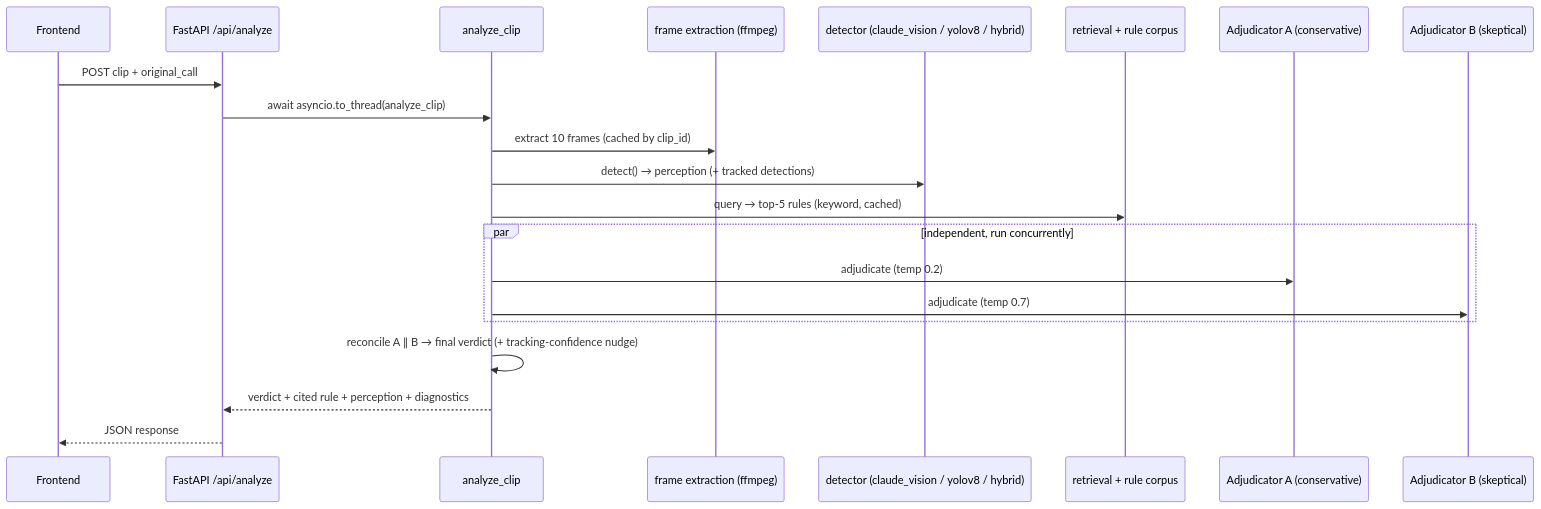
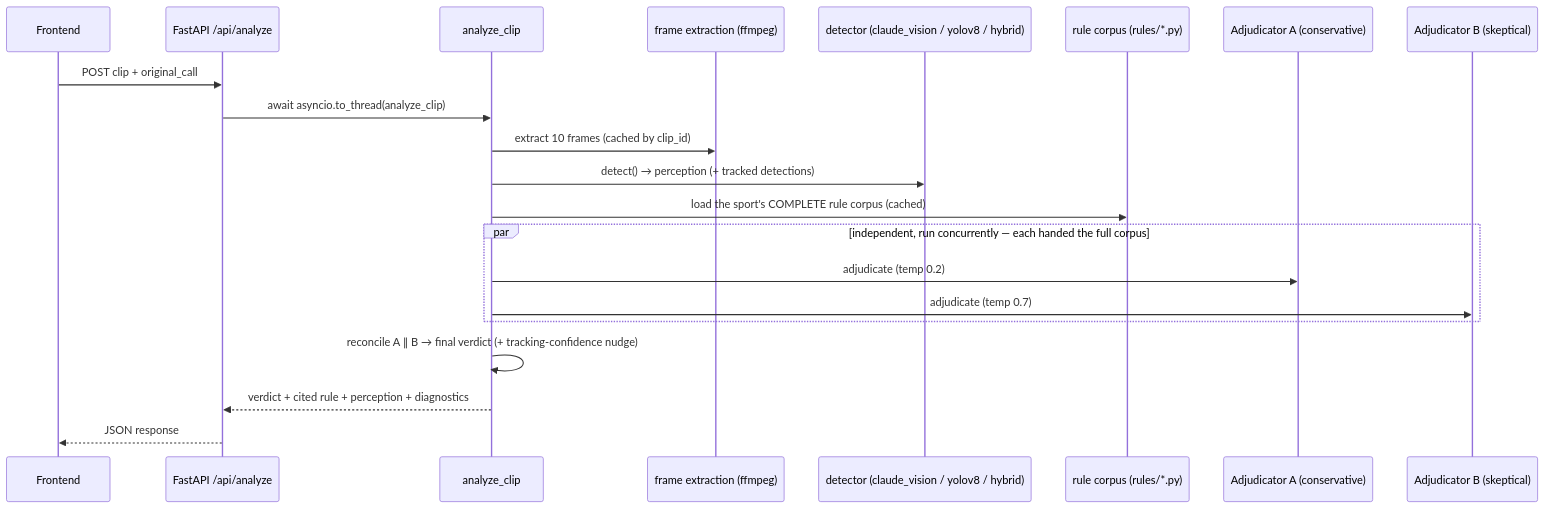
Before and after one commit to SaulBurns/BorderHack_SP2026_Refcheck_AI: the second of 2 diagrams in docs/ARCHITECTURE.md, drawn with Mermaid. The commit also changed other lines of this file and 51 other files, not shown here.

First line of the commit message:
refactor(ai): remove the Retrieval agent; inject full rule corpus (Sprint 16A)

````diff
--- a/docs/ARCHITECTURE.md
+++ b/docs/ARCHITECTURE.md
@@ -54,24 +55,24 @@
 ```mermaid
 sequenceDiagram
   participant U as Frontend
   participant API as FastAPI /api/analyze
   participant AC as analyze_clip
   participant FR as frame extraction (ffmpeg)
   participant DET as detector (claude_vision / yolov8 / hybrid)
-  participant RET as retrieval + rule corpus
+  participant RC as rule corpus (rules/*.py)
   participant A as Adjudicator A (conservative)
   participant B as Adjudicator B (skeptical)
 
   U->>API: POST clip + original_call
   API->>AC: await asyncio.to_thread(analyze_clip)
   AC->>FR: extract 10 frames (cached by clip_id)
   AC->>DET: detect() → perception (+ tracked detections)
-  AC->>RET: query → top-5 rules (keyword, cached)
-  par independent, run concurrently
+  AC->>RC: load the sport's COMPLETE rule corpus (cached)
+  par independent, run concurrently — each handed the full corpus
     AC->>A: adjudicate (temp 0.2)
     AC->>B: adjudicate (temp 0.7)
   end
   AC->>AC: reconcile A ∥ B → final verdict (+ tracking-confidence nudge)
   AC-->>API: verdict + cited rule + perception + diagnostics
   API-->>U: JSON response
 ```
````
